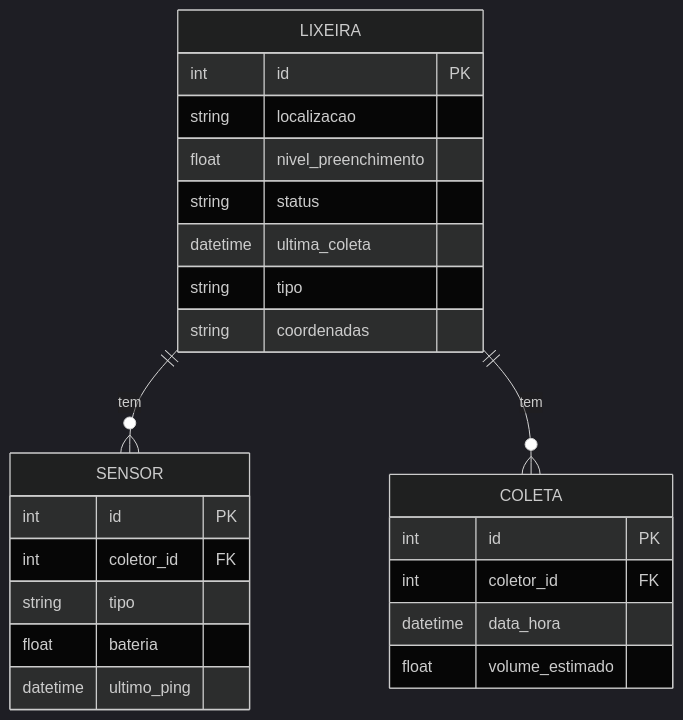
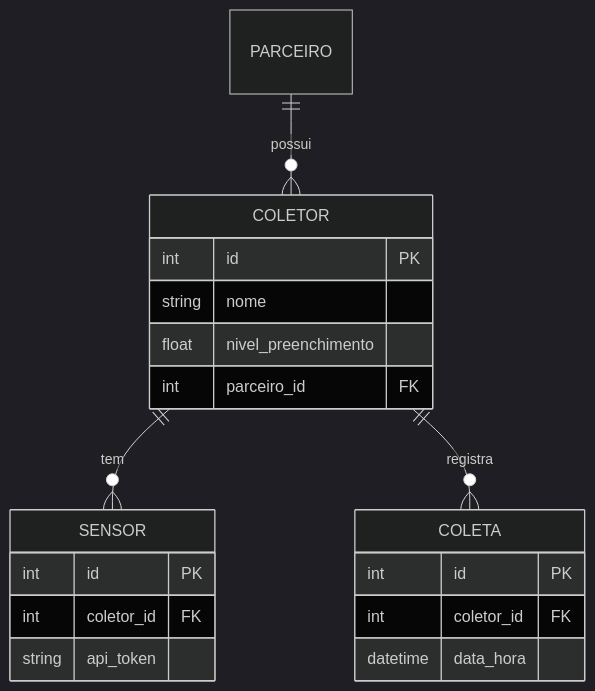
Before and after one commit to natanheringer/Dashboard-TRONIK: the fifth of 7 diagrams in docs/ARQUITETURA.md, drawn with Mermaid (dark theme). The commit also changed other lines of this file and 34 other files, not shown here.

First line of the commit message:
docs: arquitetura Mermaid e ingestao jobs/prospeccao

````diff
--- a/docs/ARQUITETURA.md
+++ b/docs/ARQUITETURA.md
@@ -261,30 +117,22 @@
 ```mermaid
 erDiagram
-    LIXEIRA ||--o{ SENSOR : "tem"
-    LIXEIRA ||--o{ COLETA : "tem"
-    
-    LIXEIRA {
-        int id PK
-        string localizacao
-        float nivel_preenchimento
-        string status
-        datetime ultima_coleta
-        string tipo
-        string coordenadas
-    }
-    
-    SENSOR {
-        int id PK
-        int coletor_id FK
-        string tipo
-        float bateria
-        datetime ultimo_ping
-    }
-    
-    COLETA {
-        int id PK
-        int coletor_id FK
-        datetime data_hora
-        float volume_estimado
-    }
+  PARCEIRO ||--o{ COLETOR : possui
+  COLETOR ||--o{ SENSOR : tem
+  COLETOR ||--o{ COLETA : registra
+  COLETOR {
+    int id PK
+    string nome
+    float nivel_preenchimento
+    int parceiro_id FK
+  }
+  SENSOR {
+    int id PK
+    int coletor_id FK
+    string api_token
+  }
+  COLETA {
+    int id PK
+    int coletor_id FK
+    datetime data_hora
+  }
 ```
````
